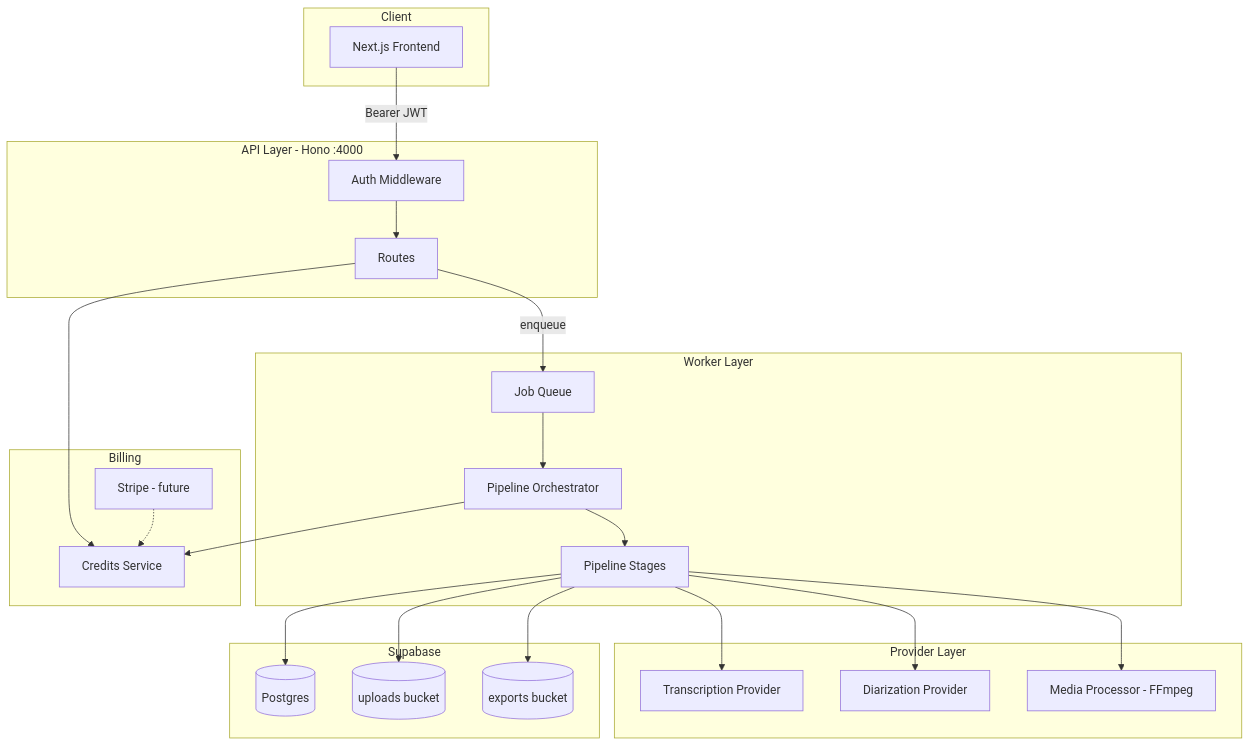
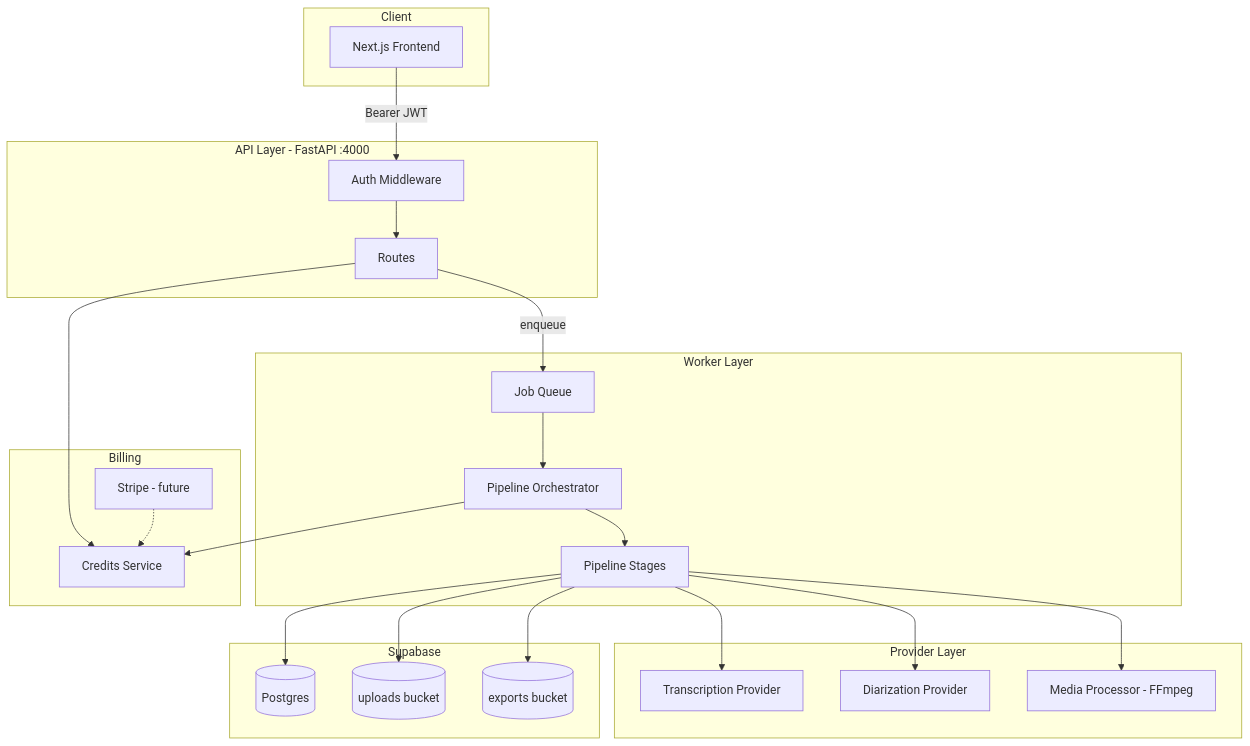
The diagram in backend/ARCHITECTURE.md (shashnkvats/Captionovo), drawn with Mermaid before and after one commit. The commit also changed other lines of this file and 78 other files, not shown here.

First line of the commit message:
Replace Node backend with Python FastAPI and ship Sprint 2 transcription.

````diff
--- a/backend/ARCHITECTURE.md
+++ b/backend/ARCHITECTURE.md
@@ -7,49 +7,49 @@
 ```mermaid
 flowchart TB
   subgraph client [Client]
     FE[Next.js Frontend]
   end
 
-  subgraph api [API Layer - Hono :4000]
+  subgraph api [API Layer - FastAPI :4000]
     Routes[Routes]
     Auth[Auth Middleware]
   end
 
   subgraph worker [Worker Layer]
     Queue[Job Queue]
     Orchestrator[Pipeline Orchestrator]
     Stages[Pipeline Stages]
   end
 
   subgraph providers [Provider Layer]
     STT[Transcription Provider]
     Diar[Diarization Provider]
     Media[Media Processor - FFmpeg]
   end
 
   subgraph data [Supabase]
     DB[(Postgres)]
     Uploads[(uploads bucket)]
     Exports[(exports bucket)]
   end
 
   subgraph billing [Billing]
     Credits[Credits Service]
     Stripe[Stripe - future]
   end
 
   FE -->|Bearer JWT| Auth
   Auth --> Routes
   Routes -->|enqueue| Queue
   Queue --> Orchestrator
   Orchestrator --> Stages
   Stages --> STT
   Stages --> Diar
   Stages --> Media
   Stages --> DB
   Stages --> Uploads
   Stages --> Exports
   Orchestrator --> Credits
   Routes --> Credits
   Stripe -.-> Credits
 ```
````
